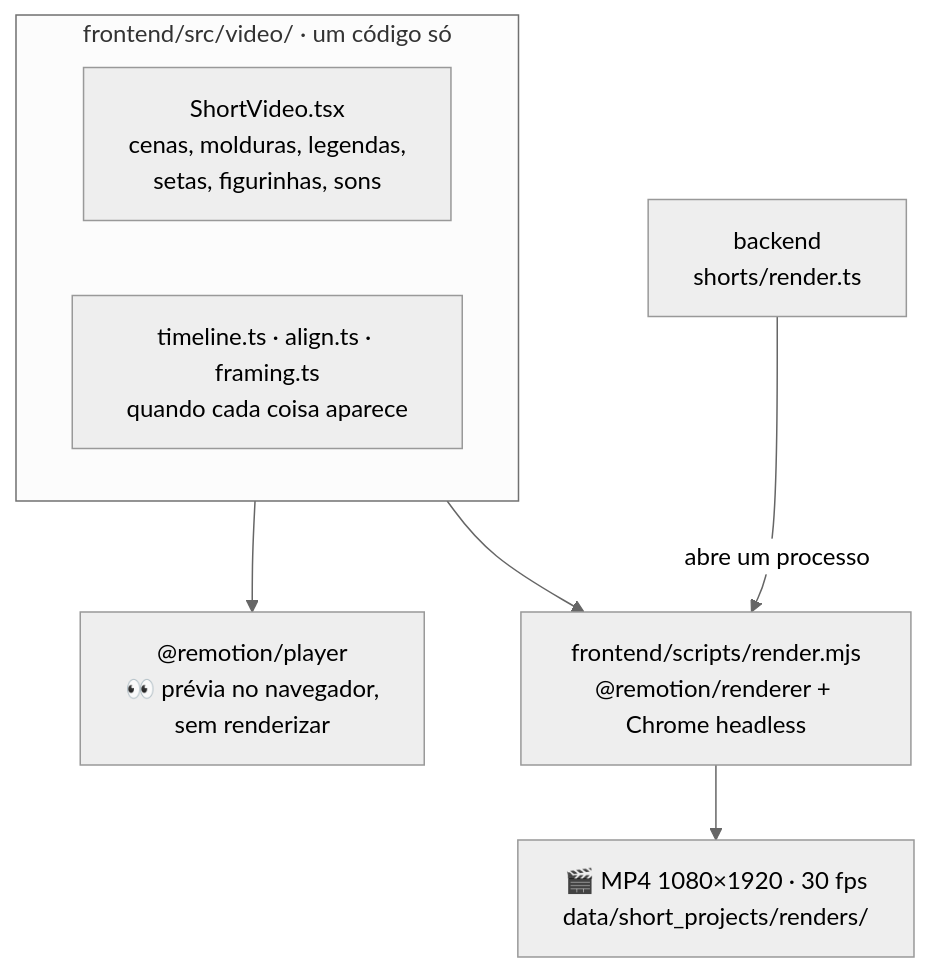
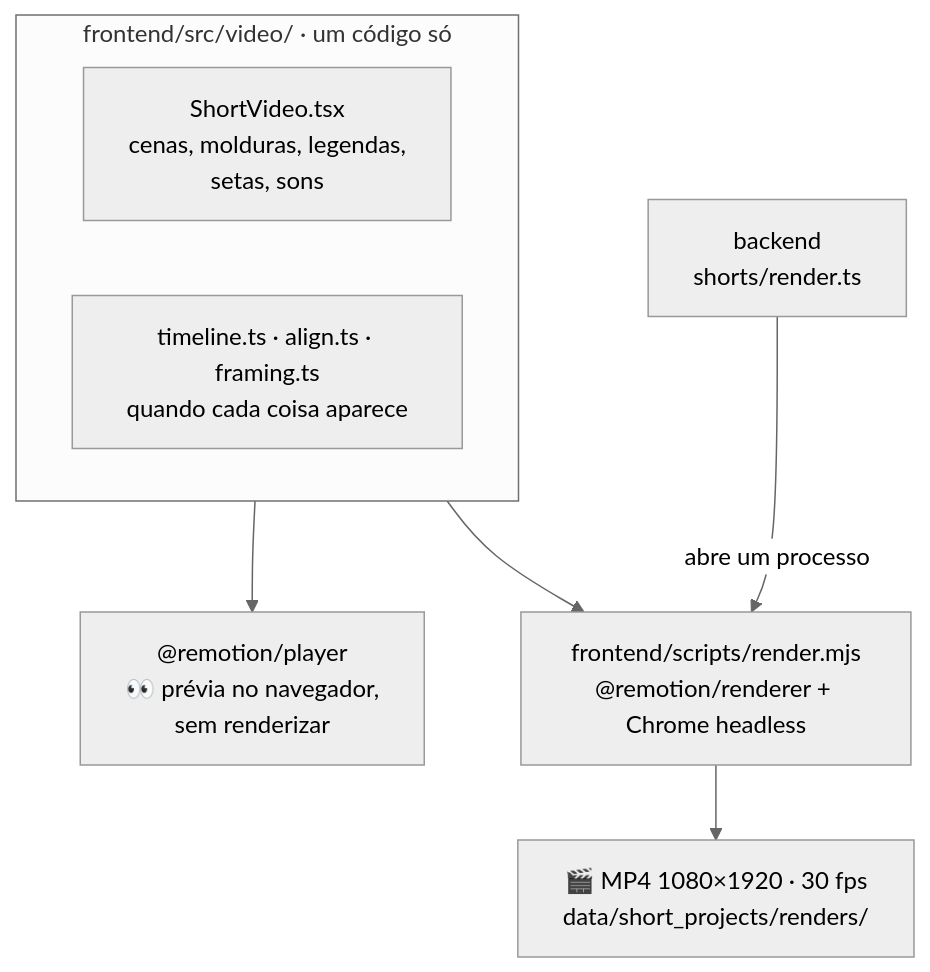
Before and after one commit to Edugiyuu/InstaSearch: the diagram in docs/diagramas/11-previa-e-mp4.mmd, drawn with Mermaid (neutral theme). The commit also changed 53 other files, not shown here.

```diff
--- a/docs/diagramas/11-previa-e-mp4.mmd
+++ b/docs/diagramas/11-previa-e-mp4.mmd
@@ -1,9 +1,9 @@
 flowchart TB
     subgraph V["frontend/src/video/ · um código só"]
-        SV["ShortVideo.tsx<br/>cenas, molduras, legendas,<br/>setas, figurinhas, sons"]
+        SV["ShortVideo.tsx<br/>cenas, molduras, legendas,<br/>setas, sons"]
         TL["timeline.ts · align.ts · framing.ts<br/>quando cada coisa aparece"]
     end
     V --> PL["@remotion/player<br/>👀 prévia no navegador,<br/>sem renderizar"]
     BE["backend<br/>shorts/render.ts"] -- "abre um processo" --> RM["frontend/scripts/render.mjs<br/>@remotion/renderer + Chrome headless"]
     V --> RM
     RM --> MP4["🎬 MP4 1080×1920 · 30 fps<br/>data/short_projects/renders/"]
```
